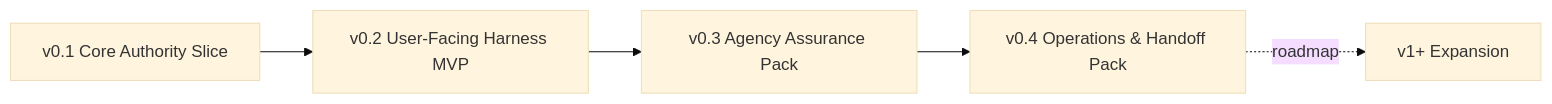
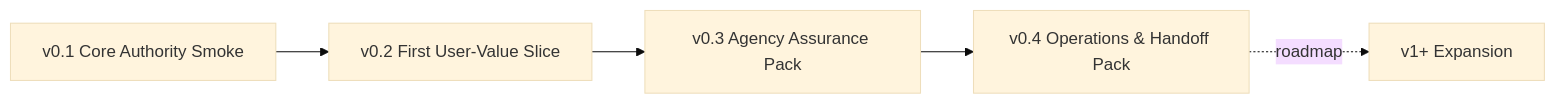
The first of 2 diagrams in docs/en/build/mvp-plan.md (minjungw00/Harness_Project), drawn with Mermaid (base theme) before and after one commit. The commit also changed other lines of this file and 9 other files, not shown here.

````diff
--- a/docs/en/build/mvp-plan.md
+++ b/docs/en/build/mvp-plan.md
@@ -49,7 +49,7 @@
 ```mermaid
 flowchart LR
-  Core["v0.1 Core Authority Slice"] --> MVP["v0.2 User-Facing Harness MVP"]
-  MVP --> Assurance["v0.3 Agency Assurance Pack"]
+  Core["v0.1 Core Authority Smoke"] --> Value["v0.2 First User-Value Slice"]
+  Value --> Assurance["v0.3 Agency Assurance Pack"]
   Assurance --> Ops["v0.4 Operations & Handoff Pack"]
   Ops -. roadmap .-> Expansion["v1+ Expansion"]
 ```
````
